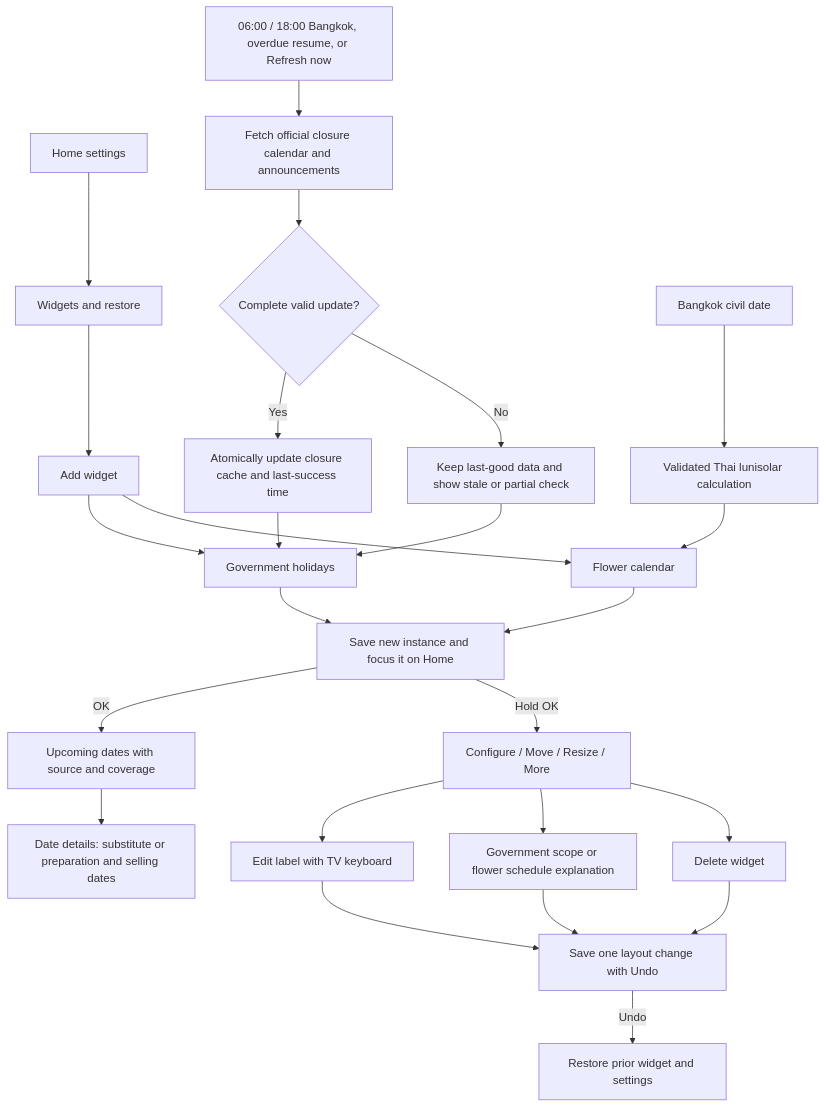
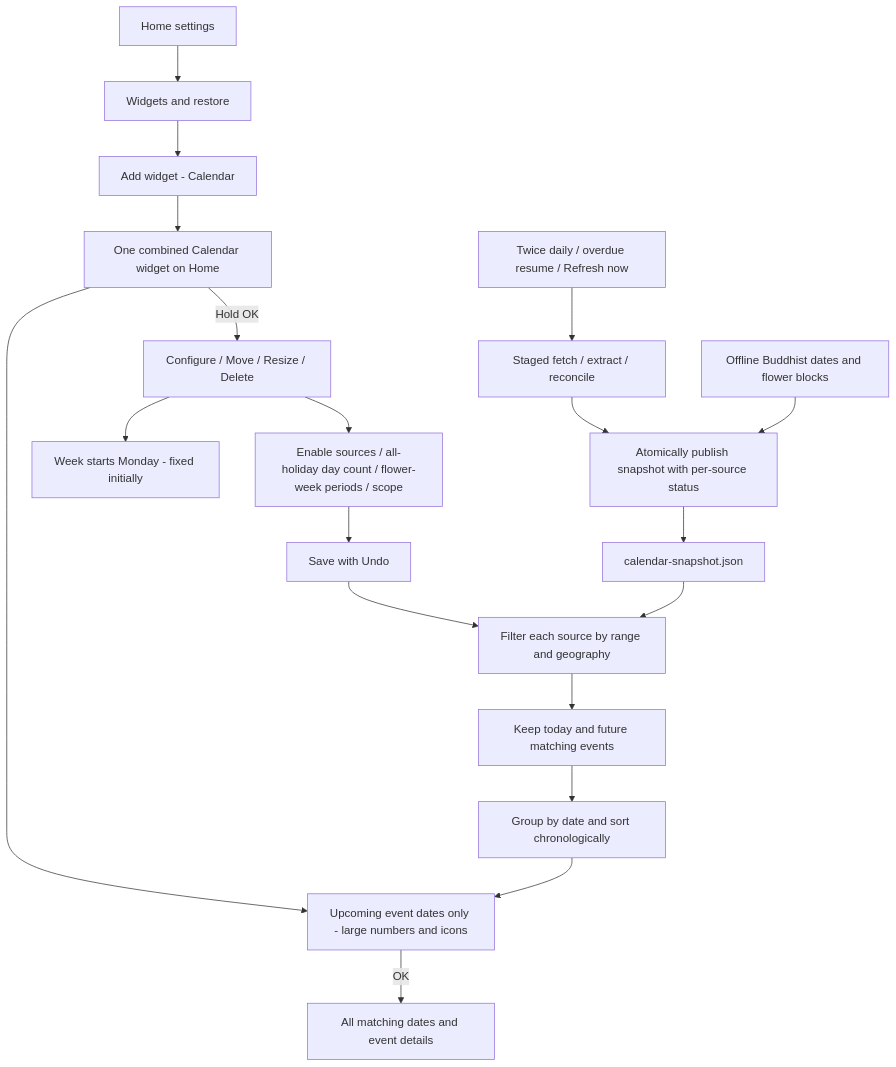
One commit to wbniv/homeboard-tv changed the second of 2 diagrams in docs/plans/2026-11-16-thai-calendar-widgets.md. Above: the diagram before and after it, drawn with Mermaid. The commit also changed other lines of this file and 47 other files, not shown here.

First line of the commit message:
Add combined calendar ranges and visual grid previews

````diff
--- a/docs/plans/2026-11-16-thai-calendar-widgets.md
+++ b/docs/plans/2026-11-16-thai-calendar-widgets.md
@@ -199,27 +642,21 @@
 ```mermaid
 flowchart TD
     H[Home settings] --> W[Widgets and restore]
-    W --> A[Add widget]
-    A --> G[Government holidays]
-    A --> F[Flower calendar]
-    G --> S[Save new instance and focus it on Home]
-    F --> S
-    S -->|OK| D[Upcoming dates with source and coverage]
-    D --> E[Date details: substitute or preparation and selling dates]
-    S -->|Hold OK| C[Configure / Move / Resize / More]
-    C --> L[Edit label with TV keyboard]
-    C --> P[Government scope or flower schedule explanation]
-    C --> X[Delete widget]
-    L --> R[Save one layout change with Undo]
-    P --> R
-    X --> R
-    R -->|Undo| U[Restore prior widget and settings]
-    J[06:00 / 18:00 Bangkok, overdue resume, or Refresh now] --> V[Fetch official closure calendar and announcements]
-    V --> Q{Complete valid update?}
-    Q -->|Yes| K[Atomically update closure cache and last-success time]
-    Q -->|No| O[Keep last-good data and show stale or partial check]
-    K --> G
-    O --> G
-    T[Bangkok civil date] --> B[Validated Thai lunisolar calculation]
-    B --> F
+    W --> A[Add widget - Calendar]
+    A --> S[One combined Calendar widget on Home]
+    S --> SQ[Upcoming event dates only - large numbers and icons]
+    SQ -->|OK| D[All matching dates and event details]
+    S -->|Hold OK| C[Configure / Move / Resize / Delete]
+    C --> P[Enable sources / all-holiday day count / flower-week periods / scope]
+    C --> WS[Week starts Monday - fixed initially]
+    P --> R[Save with Undo]
+    R --> FILTER[Filter each source by range and geography]
+    FILTER --> FUTURE[Keep today and future matching events]
+    FUTURE --> GROUP[Group by date and sort chronologically]
+    GROUP --> SQ
+    SNAP[calendar-snapshot.json] --> FILTER
+    J[Twice daily / overdue resume / Refresh now] --> V[Staged fetch / extract / reconcile]
+    V --> K[Atomically publish snapshot with per-source status]
+    B[Offline Buddhist dates and flower blocks] --> K
+    K --> SNAP
 ```
````
